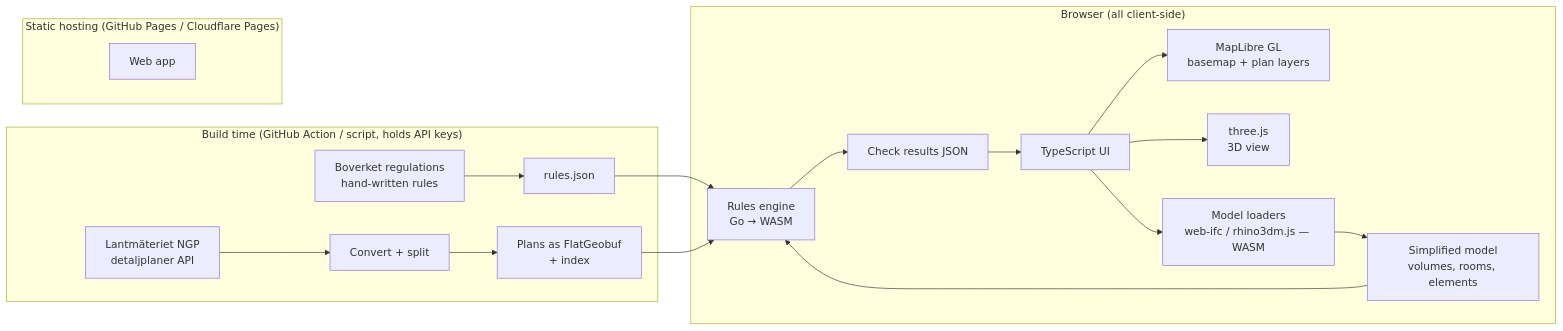
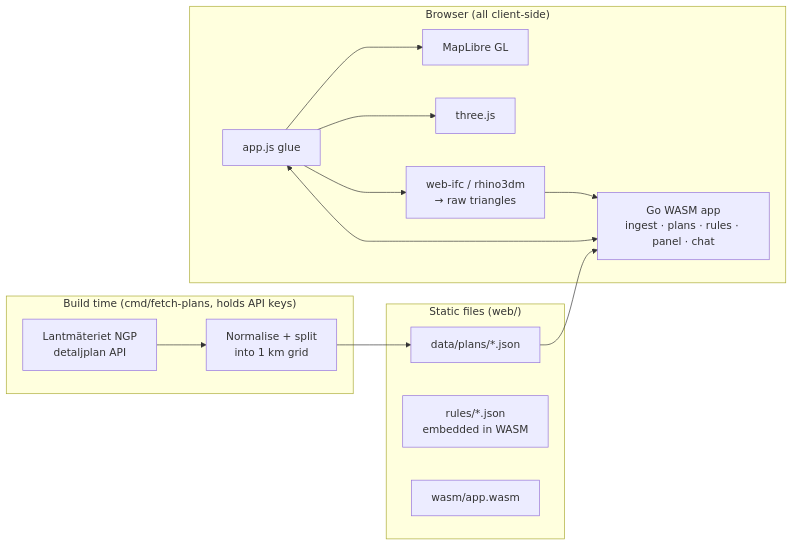
The diagram in README.md (zibiax/archreg), drawn with Mermaid before and after one commit. The commit also changed other lines of this file and 32 other files, not shown here.

````diff
--- a/README.md
+++ b/README.md
@@ -105,26 +146,21 @@
 ```mermaid
 flowchart LR
-    subgraph Build["Build time (GitHub Action / script, holds API keys)"]
-        NGP[Lantmäteriet NGP<br/>detaljplaner API] --> Conv[Convert + split]
-        Rules[Boverket regulations<br/>hand-written rules] --> RJSON[rules.json]
-        Conv --> FGB[Plans as FlatGeobuf<br/>+ index]
+    subgraph Build["Build time (cmd/fetch-plans, holds API keys)"]
+        NGP[Lantmäteriet NGP<br/>detaljplan API] --> Conv[Normalise + split<br/>into 1 km grid]
     end
 
-    subgraph Static["Static hosting (GitHub Pages / Cloudflare Pages)"]
-        FGB
-        RJSON
-        App[Web app]
+    subgraph Static["Static files (web/)"]
+        Conv --> Cells[data/plans/*.json]
+        RJSON[rules/*.json<br/>embedded in WASM]
+        WASM[wasm/app.wasm]
     end
 
     subgraph Browser["Browser (all client-side)"]
-        UI[TypeScript UI] --> Map[MapLibre GL<br/>basemap + plan layers]
-        UI --> Viewer[three.js<br/>3D view]
-        UI --> Loader[Model loaders<br/>web-ifc / rhino3dm.js — WASM]
-        Loader --> Simple[Simplified model<br/>volumes, rooms, elements]
-        Simple --> Engine[Rules engine<br/>Go → WASM]
-        RJSON --> Engine
-        FGB --> Engine
-        Engine --> Results[Check results JSON]
-        Results --> UI
+        Glue[app.js glue] --> Map[MapLibre GL]
+        Glue --> Viewer[three.js]
+        Glue --> Loader[web-ifc / rhino3dm<br/>→ raw triangles]
+        Loader --> Go
+        Glue <--> Go[Go WASM app<br/>ingest · plans · rules · panel · chat]
+        Cells --> Go
     end
 ```
````
